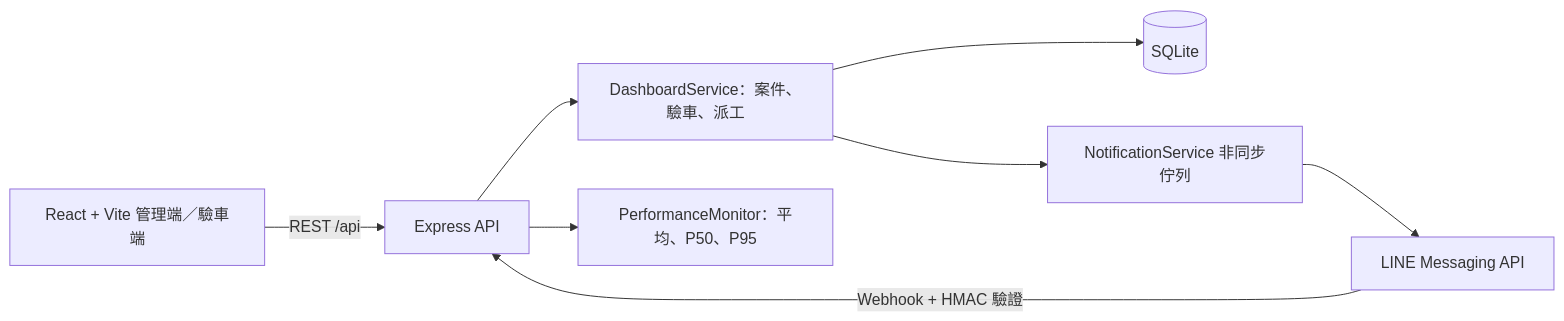
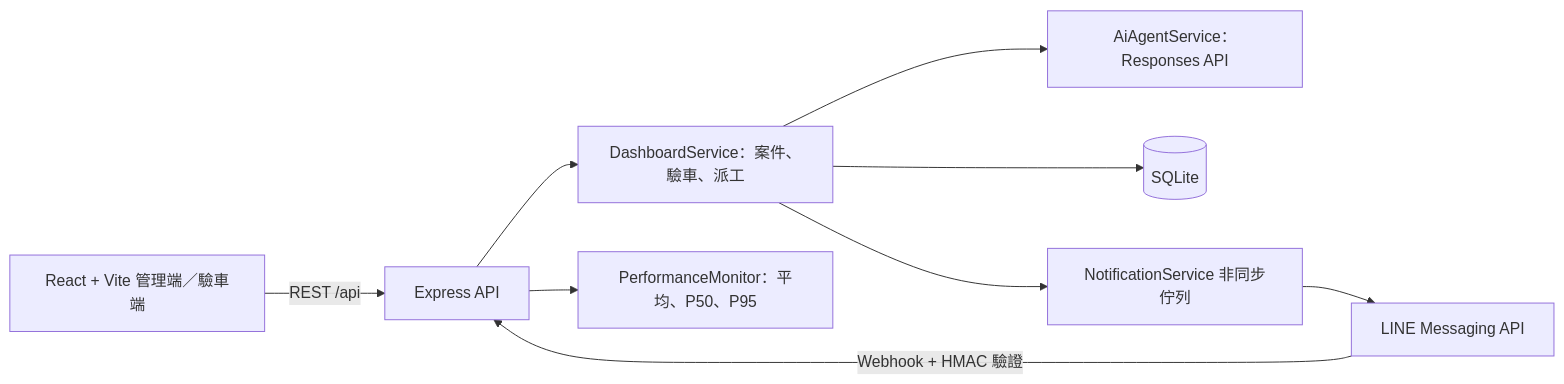
The diagram in ARCHITECTURE.md (yyyunx/iRent-AI-Dashboard), drawn with Mermaid before and after one commit. The commit also changed other lines of this file and 15 other files, not shown here.

Commit message:
connect operations agent to OpenAI API

````diff
--- a/ARCHITECTURE.md
+++ b/ARCHITECTURE.md
@@ -3,10 +3,11 @@
 ```mermaid
 flowchart LR
   UI[React + Vite 管理端／驗車端] -->|REST /api| API[Express API]
   API --> Domain[DashboardService：案件、驗車、派工]
+  Domain --> Agent[AiAgentService：Responses API]
   Domain --> DB[(SQLite)]
   Domain --> Queue[NotificationService 非同步佇列]
   Queue --> LINE[LINE Messaging API]
   LINE -->|Webhook + HMAC 驗證| API
   API --> Metrics[PerformanceMonitor：平均、P50、P95]
 ```
````
